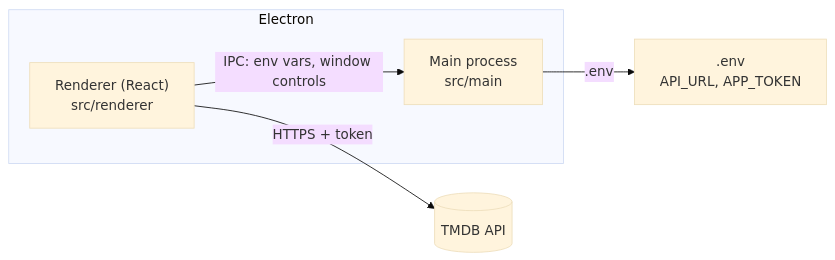
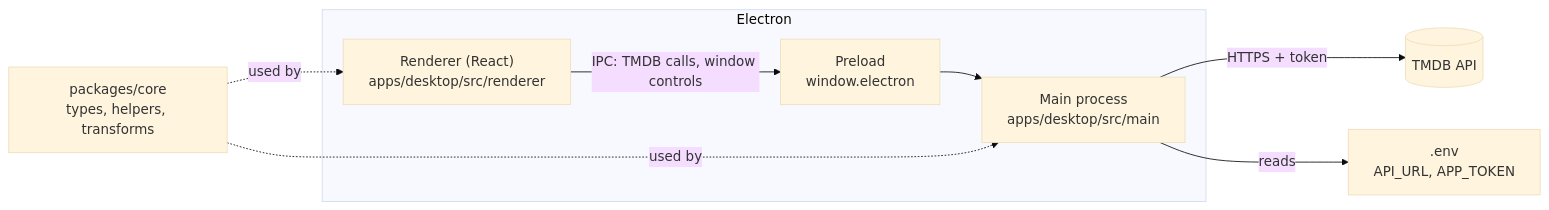
Before and after one commit to orlandovallejos/electron-theater: the diagram in README.md, drawn with Mermaid (base theme). The commit also changed other lines of this file and 4 other files, not shown here.

````diff
--- a/README.md
+++ b/README.md
@@ -47,10 +69,14 @@
 ```mermaid
 flowchart LR
   subgraph Electron
-    M["Main process<br/>src/main"]
-    R["Renderer (React)<br/>src/renderer"]
+    M["Main process<br/>apps/desktop/src/main"]
+    P["Preload<br/>window.electron"]
+    R["Renderer (React)<br/>apps/desktop/src/renderer"]
   end
-  R -- "IPC: env vars, window controls" --> M
-  R -- "HTTPS + token" --> T[("TMDB API")]
-  M -- ".env" --> E[".env<br/>API_URL, APP_TOKEN"]
+  C["packages/core<br/>types, helpers, transforms"]
+  R -- "IPC: TMDB calls, window controls" --> P --> M
+  M -- "HTTPS + token" --> T[("TMDB API")]
+  M -- "reads" --> E[".env<br/>API_URL, APP_TOKEN"]
+  C -. "used by" .-> M
+  C -. "used by" .-> R
 ```
````
